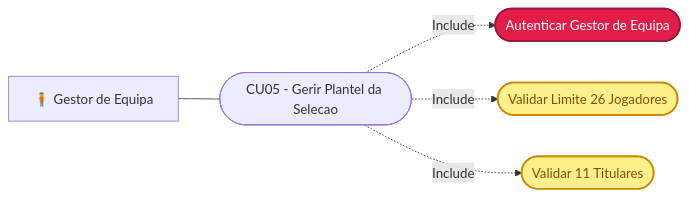
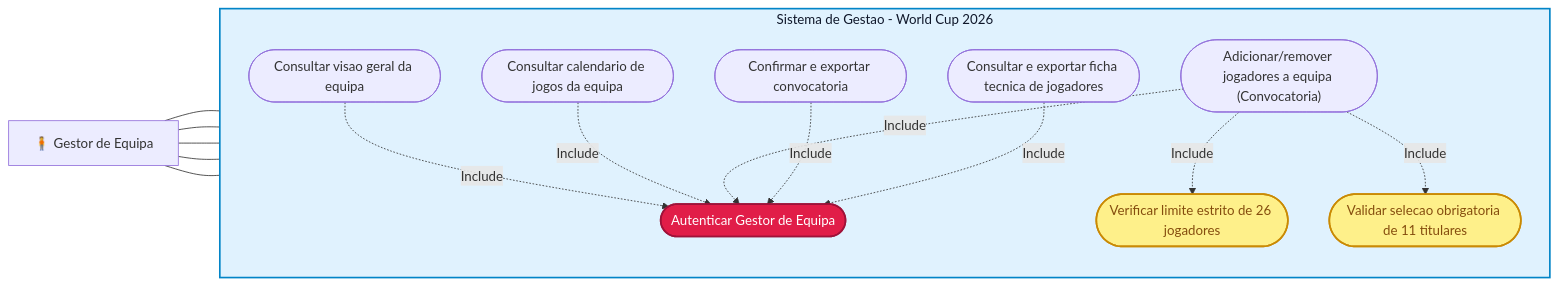
Before and after one commit to experimentos373-creator/ES: the fifth of 12 diagrams in DIAGRAMA_CASOS_USO.md, drawn with Mermaid. The commit also changed other lines of this file and 1 other file, not shown here.

````diff
--- a/DIAGRAMA_CASOS_USO.md
+++ b/DIAGRAMA_CASOS_USO.md
@@ -143,19 +189,36 @@
 ```mermaid
 flowchart LR
   GEqui["🧍 Gestor de Equipa"]
 
-  Login(["Autenticar Gestor de Equipa"])
-  CU05(["CU05 - Gerir Plantel da Selecao"])
-  CU05_sub1(["Validar Limite 26 Jogadores"])
-  CU05_sub2(["Validar 11 Titulares"])
+  subgraph Sistema["Sistema de Gestao - World Cup 2026"]
+    direction TB
+    Login(["Autenticar Gestor de Equipa"])
+    CU09(["Consultar visao geral da equipa"])
+    CU10(["Consultar calendario de jogos da equipa"])
+    CU11(["Adicionar/remover jogadores a equipa (Convocatoria)"])
+    CU11_sub1(["Verificar limite estrito de 26 jogadores"])
+    CU11_sub2(["Validar selecao obrigatoria de 11 titulares"])
+    CU12(["Confirmar e exportar convocatoria"])
+    CU13(["Consultar e exportar ficha tecnica de jogadores"])
+  end
 
-  GEqui --- CU05
+  GEqui --- CU09
+  GEqui --- CU10
+  GEqui --- CU11
+  GEqui --- CU12
+  GEqui --- CU13
 
-  CU05 -.->|Include| Login
-  CU05 -.->|Include| CU05_sub1
-  CU05 -.->|Include| CU05_sub2
+  CU09 -.->|Include| Login
+  CU10 -.->|Include| Login
+  CU11 -.->|Include| Login
+  CU12 -.->|Include| Login
+  CU13 -.->|Include| Login
 
-  style Login fill:#E11D48,stroke:#9F1239,color:#ffffff,stroke-width:2px
-  style CU05_sub1 fill:#FEF08A,stroke:#CA8A04,color:#854D0E,stroke-width:2px
-  style CU05_sub2 fill:#FEF08A,stroke:#CA8A04,color:#854D0E,stroke-width:2px
+  CU11 -.->|Include| CU11_sub1
+  CU11 -.->|Include| CU11_sub2
+
+  style Sistema fill:#E0F2FE,stroke:#0284C7,stroke-width:2px,color:#0F172A
+  style Login fill:#E11D48,stroke:#9F1239,color:#FFFFFF,stroke-width:2px
+  style CU11_sub1 fill:#FEF08A,stroke:#CA8A04,color:#854D0E,stroke-width:2px
+  style CU11_sub2 fill:#FEF08A,stroke:#CA8A04,color:#854D0E,stroke-width:2px
 ```
````
